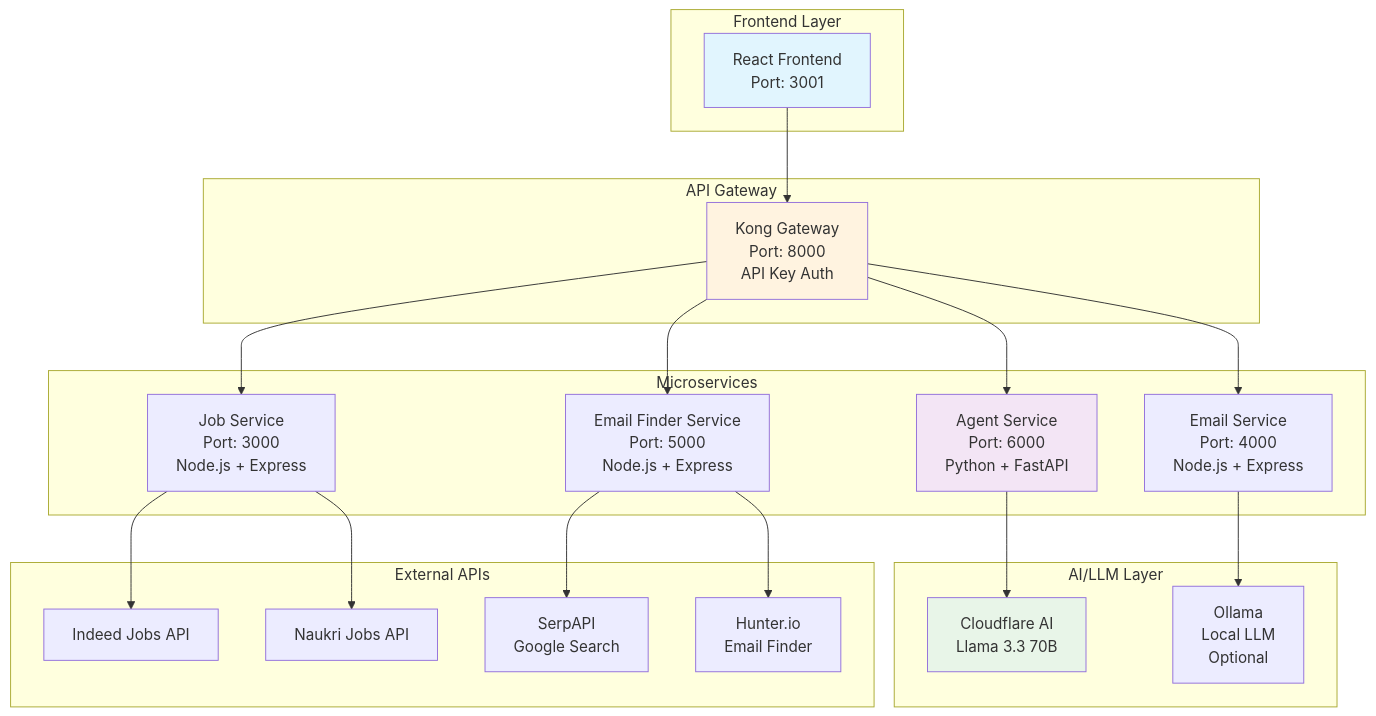
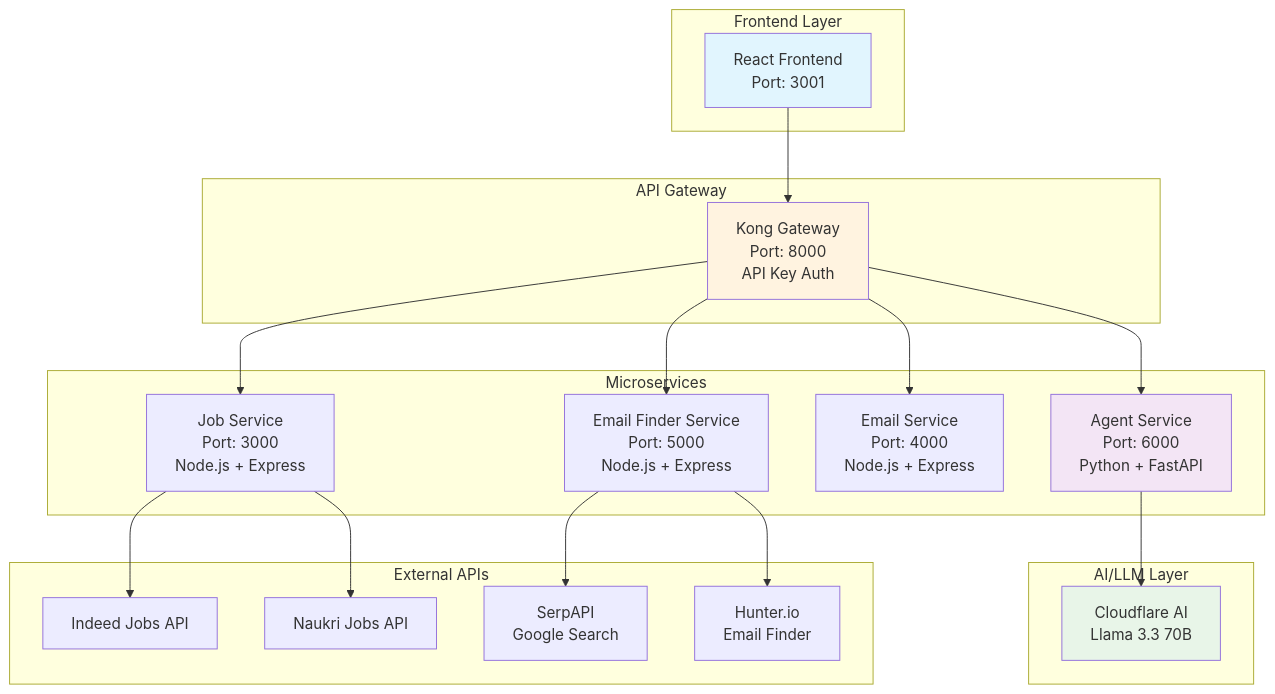
One commit to sanikaardekar/kong-agentic-ai changed the diagram in readme.md. Above: the diagram before and after it, drawn with Mermaid. The commit also changed other lines of this file and 1 other file, not shown here.

````diff
--- a/readme.md
+++ b/readme.md
@@ -7,48 +7,46 @@
 ```mermaid
 graph TB
     subgraph "Frontend Layer"
         FE[React Frontend<br/>Port: 3001]
     end
     
     subgraph "API Gateway"
         KONG[Kong Gateway<br/>Port: 8000<br/>API Key Auth]
     end
     
     subgraph "Microservices"
         AGENT[Agent Service<br/>Port: 6000<br/>Python + FastAPI]
         JOB[Job Service<br/>Port: 3000<br/>Node.js + Express]
         EMAIL[Email Service<br/>Port: 4000<br/>Node.js + Express]
         FINDER[Email Finder Service<br/>Port: 5000<br/>Node.js + Express]
     end
     
     subgraph "AI/LLM Layer"
         CF[Cloudflare AI<br/>Llama 3.3 70B]
-        OLLAMA[Ollama<br/>Local LLM<br/>Optional]
     end
     
     subgraph "External APIs"
         INDEED[Indeed Jobs API]
         NAUKRI[Naukri Jobs API]
         SERPAPI[SerpAPI<br/>Google Search]
         HUNTER[Hunter.io<br/>Email Finder]
     end
     
     FE --> KONG
     KONG --> AGENT
     KONG --> JOB
     KONG --> EMAIL
     KONG --> FINDER
     
     AGENT --> CF
-    EMAIL --> OLLAMA
     
     JOB --> INDEED
     JOB --> NAUKRI
     FINDER --> SERPAPI
     FINDER --> HUNTER
     
     style FE fill:#e1f5fe
     style KONG fill:#fff3e0
     style AGENT fill:#f3e5f5
     style CF fill:#e8f5e8
 ```
````
